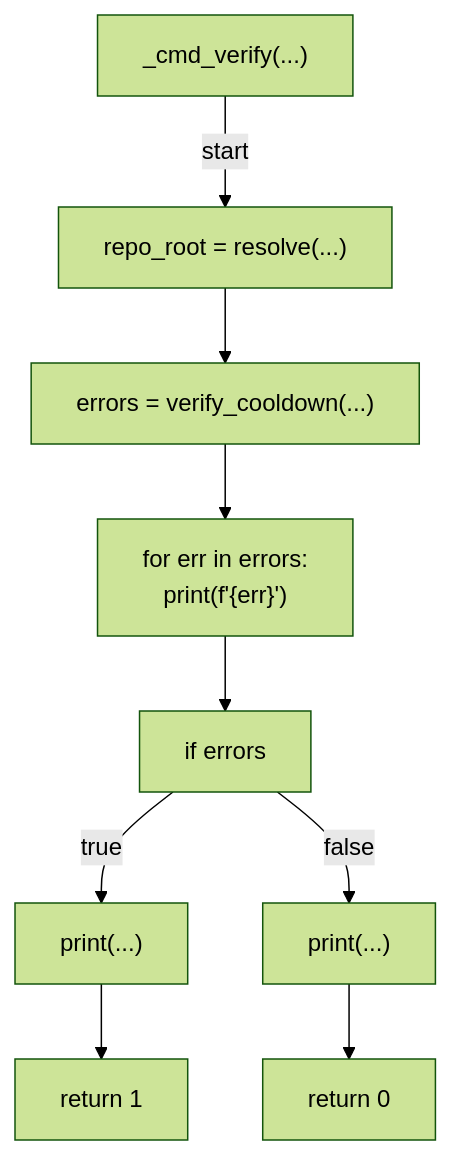
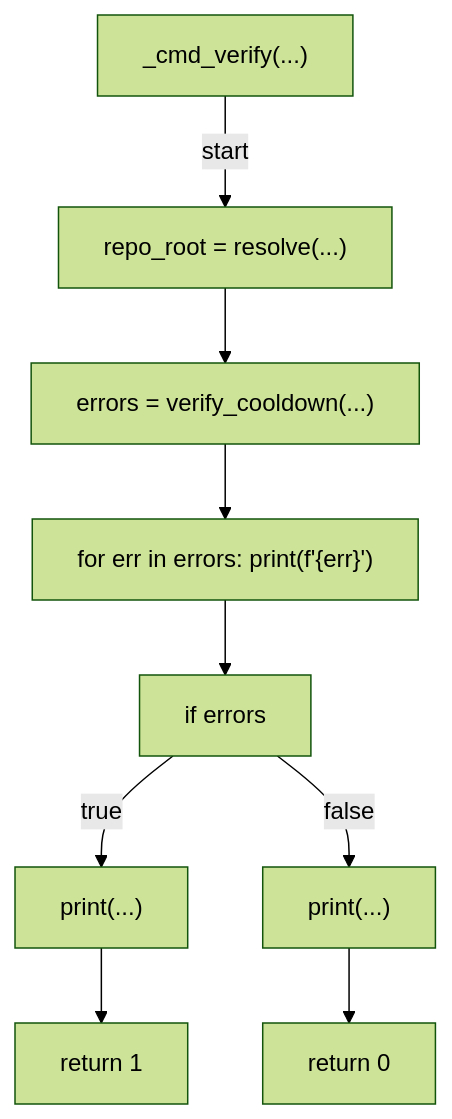
One commit to tvna/claude-md changed the fourth of 5 diagrams in docs/generated/scripts/ast/nixpkgs_cooldown.md. Above: the diagram before and after it, drawn with Mermaid (forest theme). The commit also changed other lines of this file and 30 other files, not shown here.

First line of the commit message:
docs(generated): regenerate decision tree and workflow diagrams (batch 2/5)

````diff
--- a/docs/generated/scripts/ast/nixpkgs_cooldown.md
+++ b/docs/generated/scripts/ast/nixpkgs_cooldown.md
@@ -105,21 +104,20 @@
 ```mermaid
 flowchart TD
     N001["_cmd_verify(...)"]
     N002["repo_root = resolve(...)"]
     N003["errors = verify_cooldown(...)"]
-    N004["for err in errors:
-    print(f'<str>{err}')"]
+    N004["for err in errors:     print(f'<str>{err}')"]
     N005["if errors"]
     N006["print(...)"]
     N007["return 1"]
     N008["print(...)"]
     N009["return 0"]
     N001 -->|"start"| N002
     N002 --> N003
     N003 --> N004
     N004 --> N005
     N005 -->|"true"| N006
     N006 --> N007
     N005 -->|"false"| N008
     N008 --> N009
 ```
````
